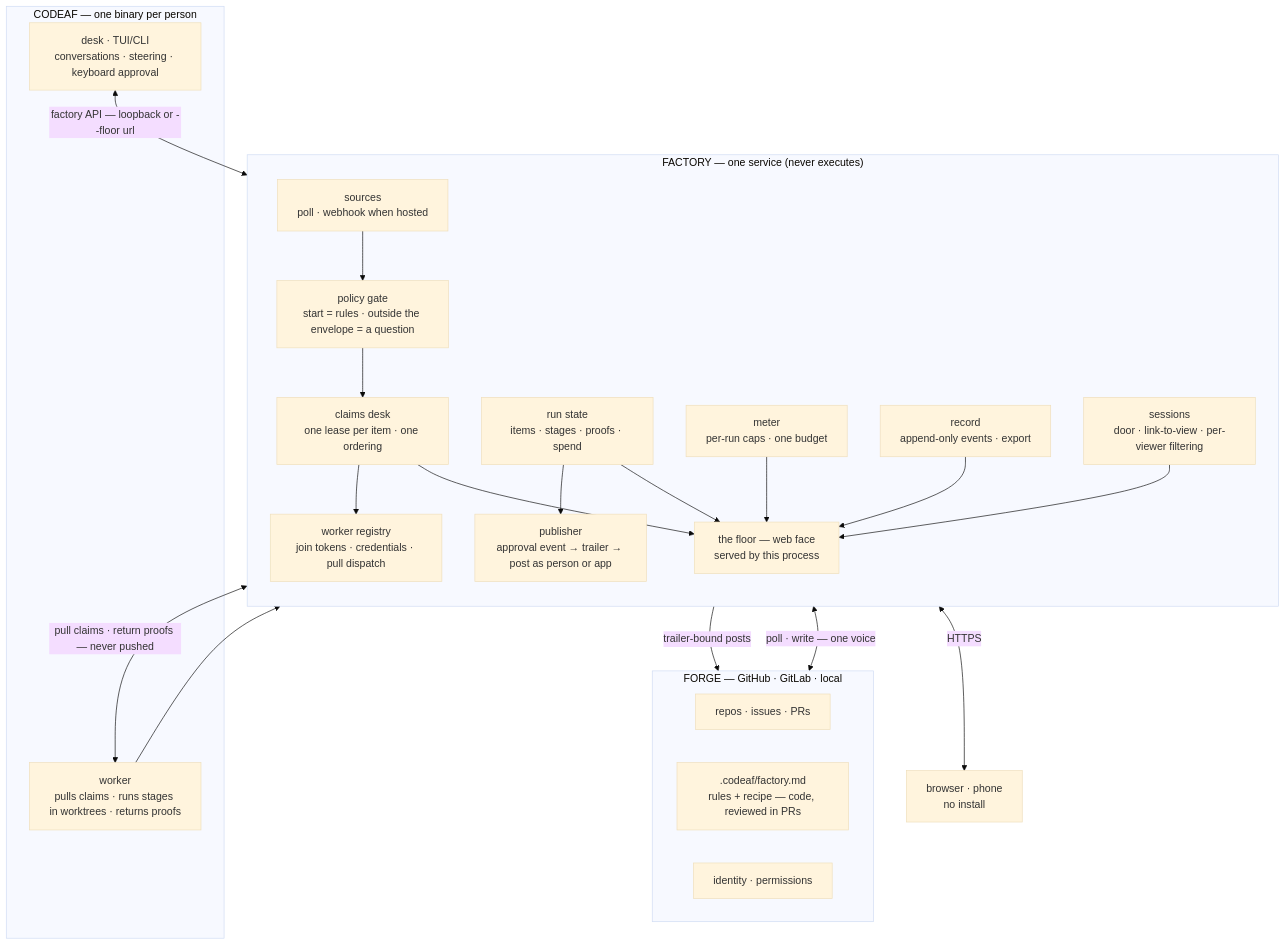
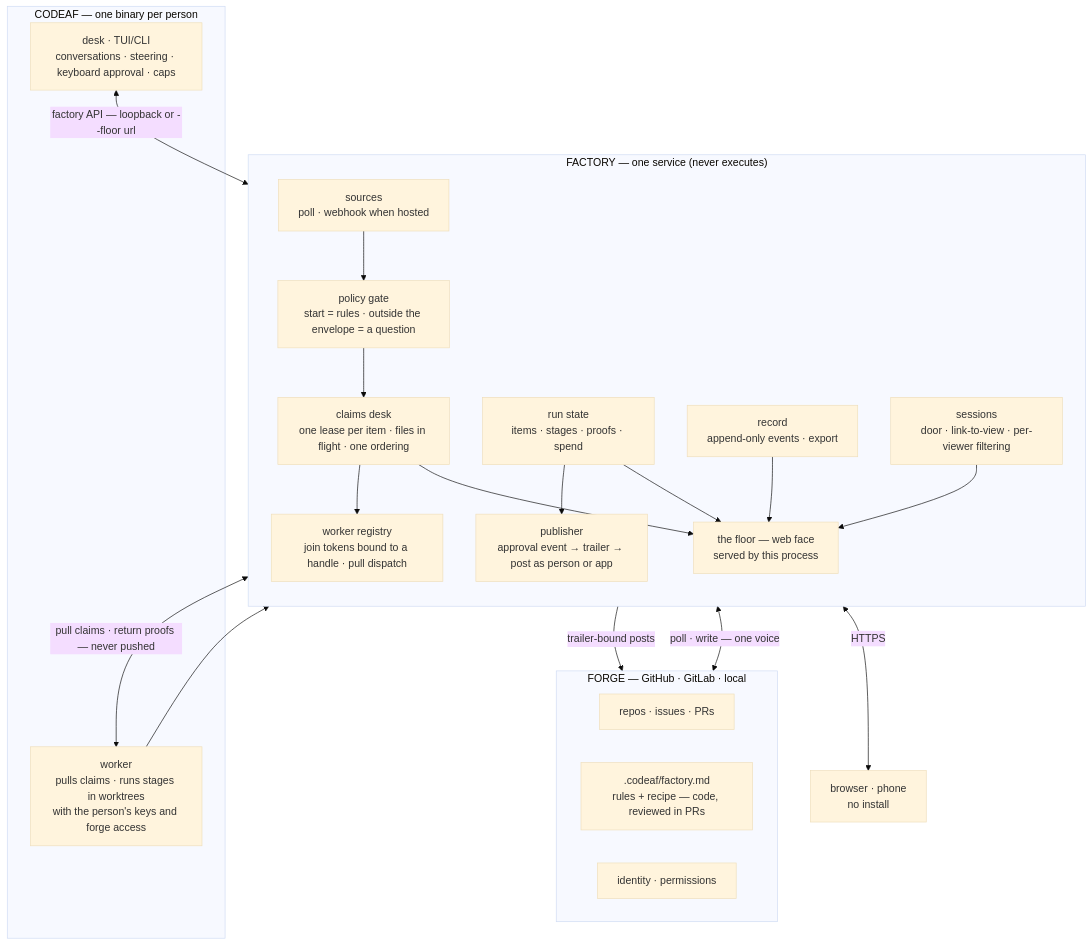
One commit to 0xMrMasry/CodeAF changed the first of 3 diagrams in docs/design/factory/PRODUCT.md. Above: the diagram before and after it, drawn with Mermaid (base theme). The commit also changed other lines of this file, not shown here.

````diff
--- a/docs/design/factory/PRODUCT.md
+++ b/docs/design/factory/PRODUCT.md
@@ -81,41 +115,39 @@
 ```mermaid
 flowchart TB
     subgraph FORGE["FORGE — GitHub · GitLab · local"]
         R1[repos · issues · PRs]
         R2[".codeaf/factory.md<br/>rules + recipe — code, reviewed in PRs"]
         R3[identity · permissions]
     end
 
     subgraph FACTORY["FACTORY — one service (never executes)"]
         direction TB
         SRC[sources<br/>poll · webhook when hosted]
         PG[policy gate<br/>start = rules · outside the envelope = a question]
-        CD[claims desk<br/>one lease per item · one ordering]
-        WR[worker registry<br/>join tokens · credentials · pull dispatch]
+        CD[claims desk<br/>one lease per item · files in flight · one ordering]
+        WR[worker registry<br/>join tokens bound to a handle · pull dispatch]
         ST[run state<br/>items · stages · proofs · spend]
-        MTR[meter<br/>per-run caps · one budget]
         REC[record<br/>append-only events · export]
         PUB[publisher<br/>approval event → trailer → post as person or app]
         SES[sessions<br/>door · link-to-view · per-viewer filtering]
         FLOOR[the floor — web face<br/>served by this process]
     end
 
     subgraph CODEAF["CODEAF — one binary per person"]
-        TUI[desk · TUI/CLI<br/>conversations · steering · keyboard approval]
-        WK[worker<br/>pulls claims · runs stages in worktrees · returns proofs]
+        TUI[desk · TUI/CLI<br/>conversations · steering · keyboard approval · caps]
+        WK[worker<br/>pulls claims · runs stages in worktrees<br/>with the person's keys and forge access]
     end
 
     BR[browser · phone<br/>no install]
 
     FORGE <-->|"poll · write — one voice"| SRC
     SRC --> PG --> CD --> WR
     WR <-->|"pull claims · return proofs — never pushed"| WK
     WK --> ST --> PUB -->|trailer-bound posts| FORGE
     ST --> FLOOR
     CD --> FLOOR
-    MTR --> FLOOR
     REC --> FLOOR
     SES --> FLOOR
     TUI <-->|"factory API — loopback or --floor url"| ST
     FLOOR <-->|HTTPS| BR
 ```
````
